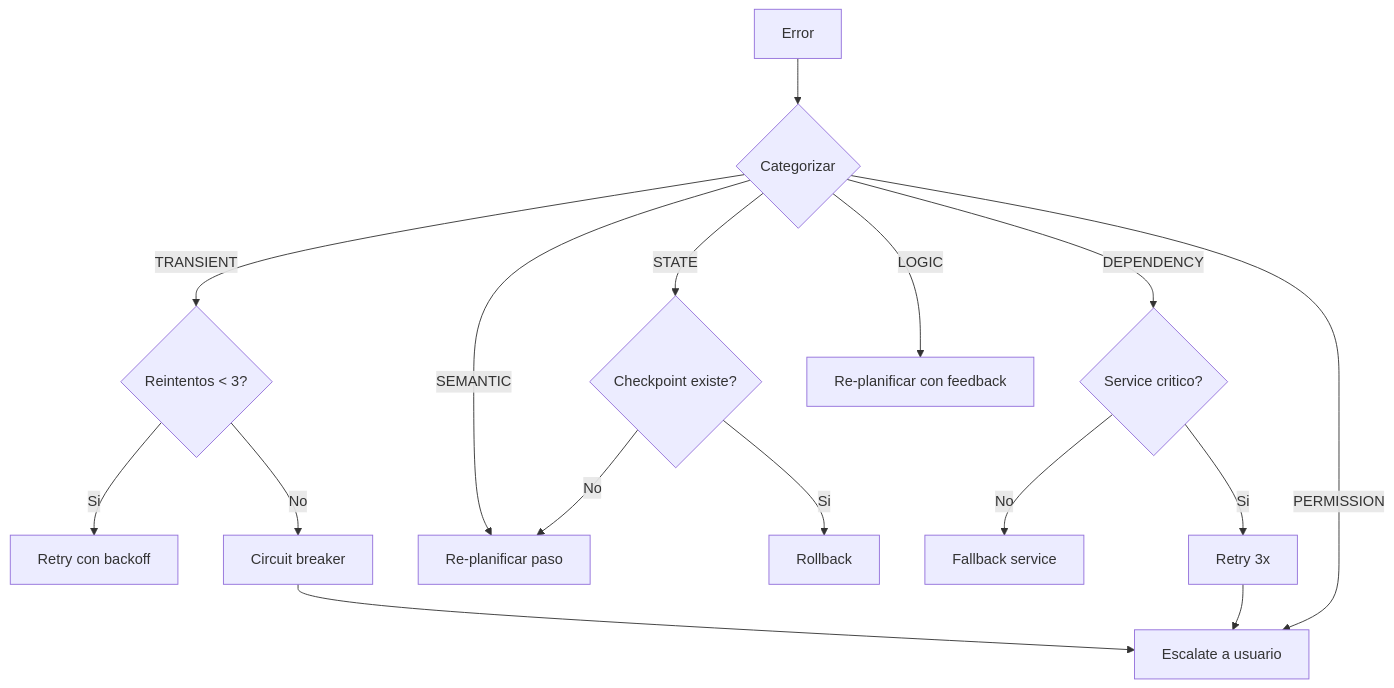
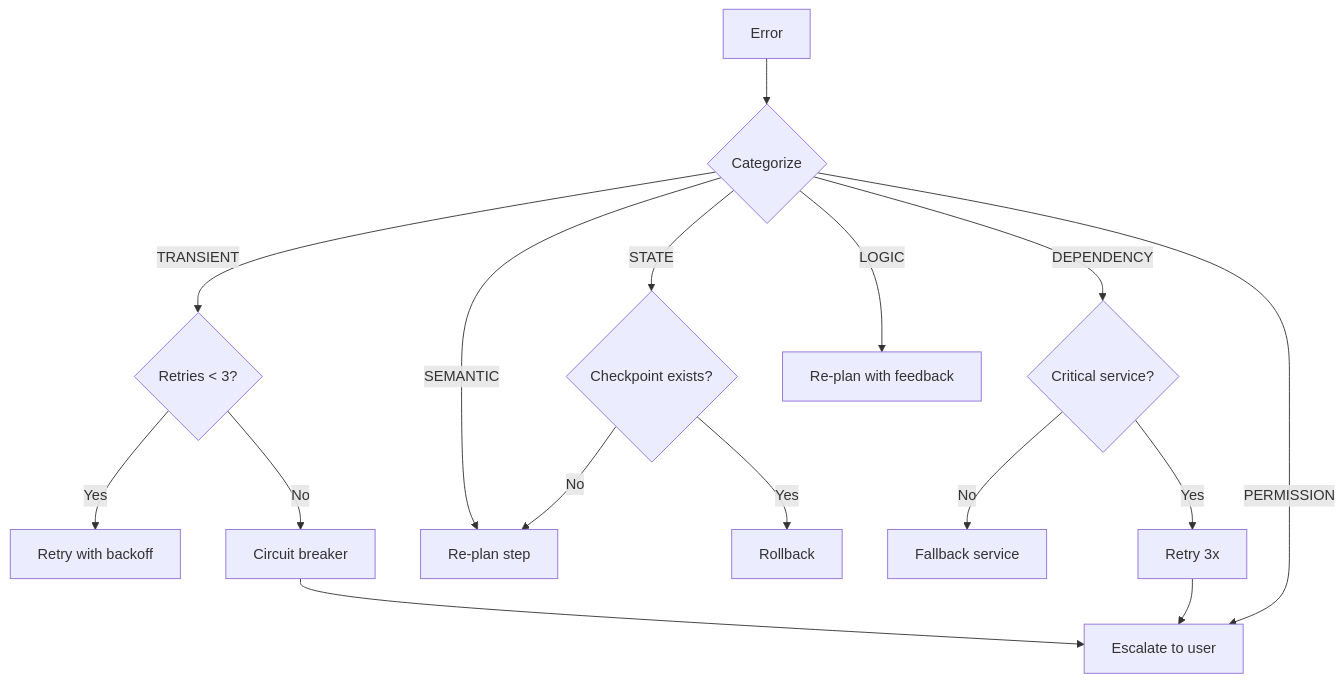
One commit to MaciWP/claude-code-poneglyph changed the first of 2 diagrams in .claude/agents/error-analyzer.md. Above: the diagram before and after it, drawn with Mermaid. The commit also changed other lines of this file and 6 other files, not shown here.

````diff
--- a/.claude/agents/error-analyzer.md
+++ b/.claude/agents/error-analyzer.md
@@ -76,21 +76,21 @@
 ```mermaid
 flowchart TD
-    E[Error] --> C{Categorizar}
-    C -->|TRANSIENT| T{Reintentos < 3?}
-    T -->|Si| R1[Retry con backoff]
+    E[Error] --> C{Categorize}
+    C -->|TRANSIENT| T{Retries < 3?}
+    T -->|Yes| R1[Retry with backoff]
     T -->|No| CB[Circuit breaker]
     CB --> ESC
 
-    C -->|SEMANTIC| S[Re-planificar paso]
-    C -->|STATE| ST{Checkpoint existe?}
-    ST -->|Si| RB[Rollback]
+    C -->|SEMANTIC| S[Re-plan step]
+    C -->|STATE| ST{Checkpoint exists?}
+    ST -->|Yes| RB[Rollback]
     ST -->|No| S
 
-    C -->|DEPENDENCY| D{Service critico?}
+    C -->|DEPENDENCY| D{Critical service?}
     D -->|No| FB[Fallback service]
-    D -->|Si| R2[Retry 3x]
+    D -->|Yes| R2[Retry 3x]
     R2 --> ESC
 
-    C -->|LOGIC| L[Re-planificar con feedback]
-    C -->|PERMISSION| ESC[Escalate a usuario]
+    C -->|LOGIC| L[Re-plan with feedback]
+    C -->|PERMISSION| ESC[Escalate to user]
 ```
````
